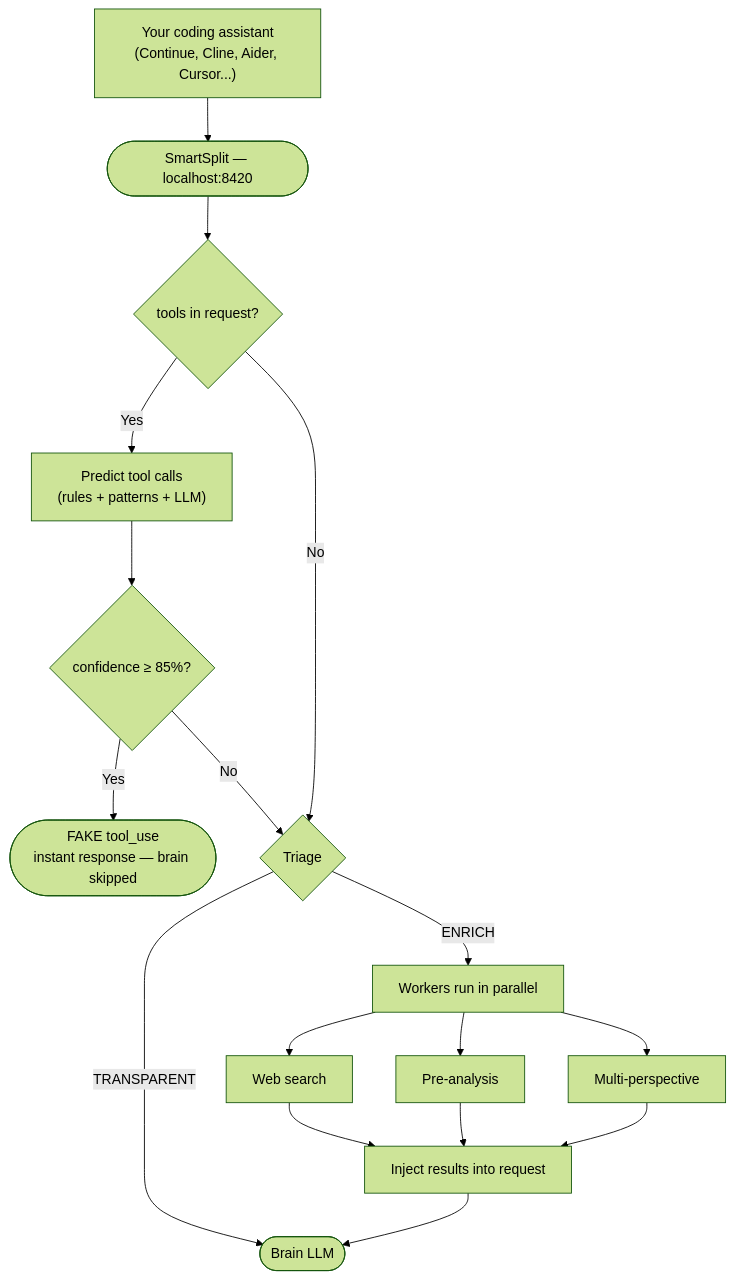
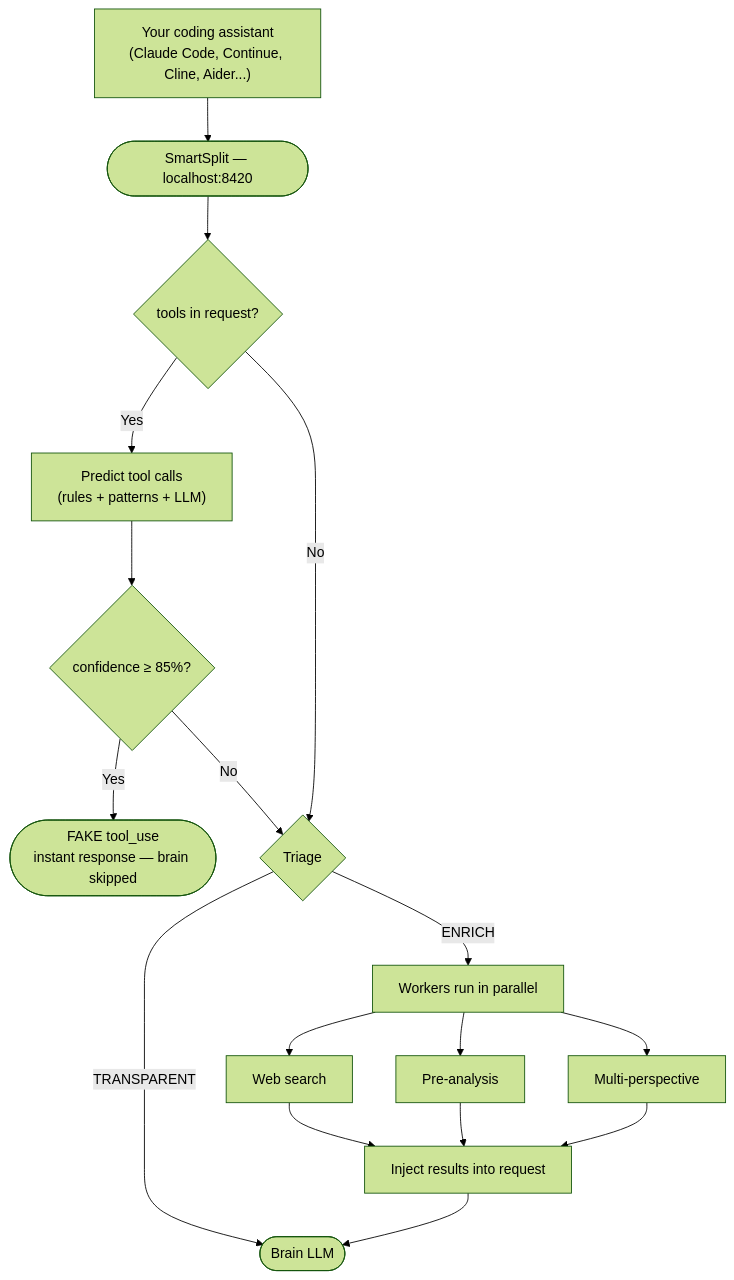
The diagram in README.md (dsteinberger/smartsplit), drawn with Mermaid (forest theme) before and after one commit. The commit also changed other lines of this file and 54 other files, not shown here.

````diff
--- a/README.md
+++ b/README.md
@@ -204,22 +223,22 @@
 ```mermaid
 flowchart TD
-    Client["Your coding assistant<br/>(Continue, Cline, Aider, Cursor...)"]
+    Client["Your coding assistant<br/>(Claude Code, Continue, Cline, Aider...)"]
     Client --> SS(["SmartSplit — localhost:8420"])
     SS --> A{"tools in request?"}
 
     A -->|"Yes"| PRED["Predict tool calls<br/>(rules + patterns + LLM)"]
     PRED --> CONF{"confidence ≥ 85%?"}
     CONF -->|"Yes"| FAKE(["FAKE tool_use<br/>instant response — brain skipped"])
     CONF -->|"No"| DET
 
     A -->|"No"| DET{"Triage"}
     DET -->|"TRANSPARENT"| BRAIN(["Brain LLM"])
     DET -->|"ENRICH"| EN["Workers run in parallel"]
     EN --> WEB["Web search"]
     EN --> ANA["Pre-analysis"]
     EN --> CMP["Multi-perspective"]
     WEB --> INJ["Inject results into request"]
     ANA --> INJ
     CMP --> INJ
     INJ --> BRAIN
 ```
````
